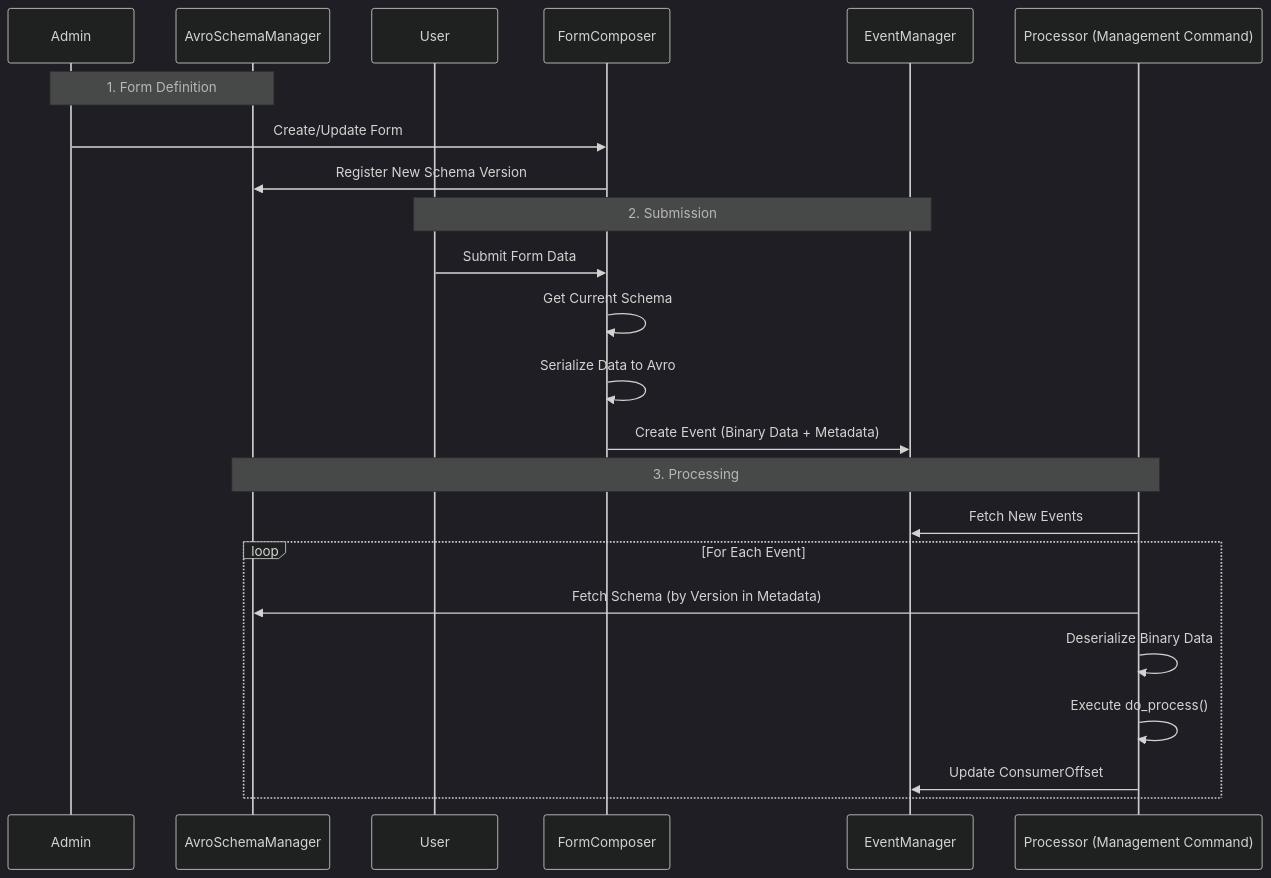
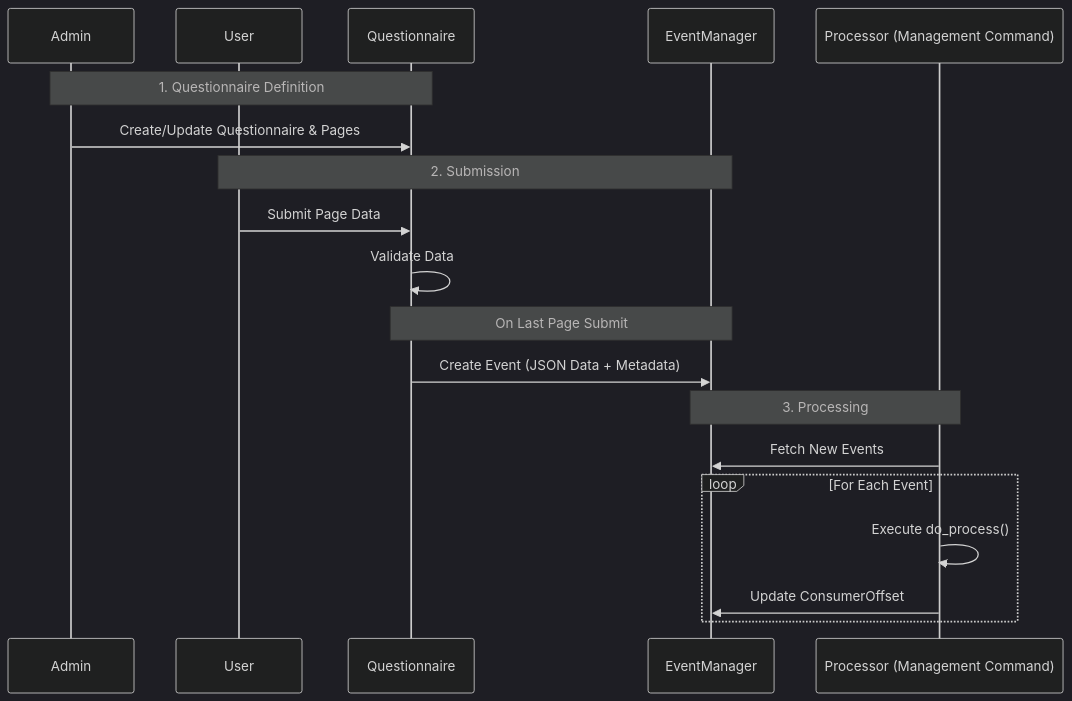
One commit to julzhk/FormEngine changed the fourth of 4 diagrams in README.md. Above: the diagram before and after it, drawn with Mermaid (dark theme). The commit also changed other lines of this file and 2 other files, not shown here.

````diff
--- a/README.md
+++ b/README.md
@@ -138,28 +112,24 @@
 ```mermaid
 sequenceDiagram
     participant Admin
-    participant ASM as AvroSchemaManager
     participant User
-    participant FC as FormComposer
+    participant Q as Questionnaire
     participant EM as EventManager
     participant Proc as Processor (Management Command)
 
-    Note over Admin, ASM: 1. Form Definition
-    Admin->>FC: Create/Update Form
-    FC->>ASM: Register New Schema Version
+    Note over Admin, Q: 1. Questionnaire Definition
+    Admin->>Q: Create/Update Questionnaire & Pages
     
     Note over User, EM: 2. Submission
-    User->>FC: Submit Form Data
-    FC->>FC: Get Current Schema
-    FC->>FC: Serialize Data to Avro
-    FC->>EM: Create Event (Binary Data + Metadata)
+    User->>Q: Submit Page Data
+    Q->>Q: Validate Data
+    Note over Q, EM: On Last Page Submit
+    Q->>EM: Create Event (JSON Data + Metadata)
     
-    Note over Proc, ASM: 3. Processing
+    Note over Proc, EM: 3. Processing
     Proc->>EM: Fetch New Events
     loop For Each Event
-        Proc->>ASM: Fetch Schema (by Version in Metadata)
-        Proc->>Proc: Deserialize Binary Data
         Proc->>Proc: Execute do_process()
         Proc->>EM: Update ConsumerOffset
     end
 ```
````
